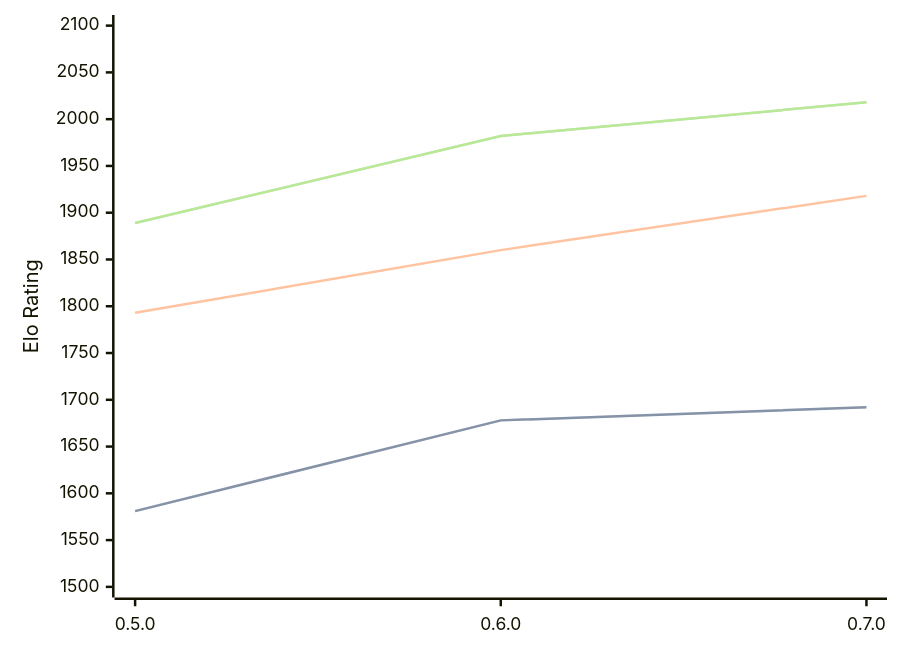
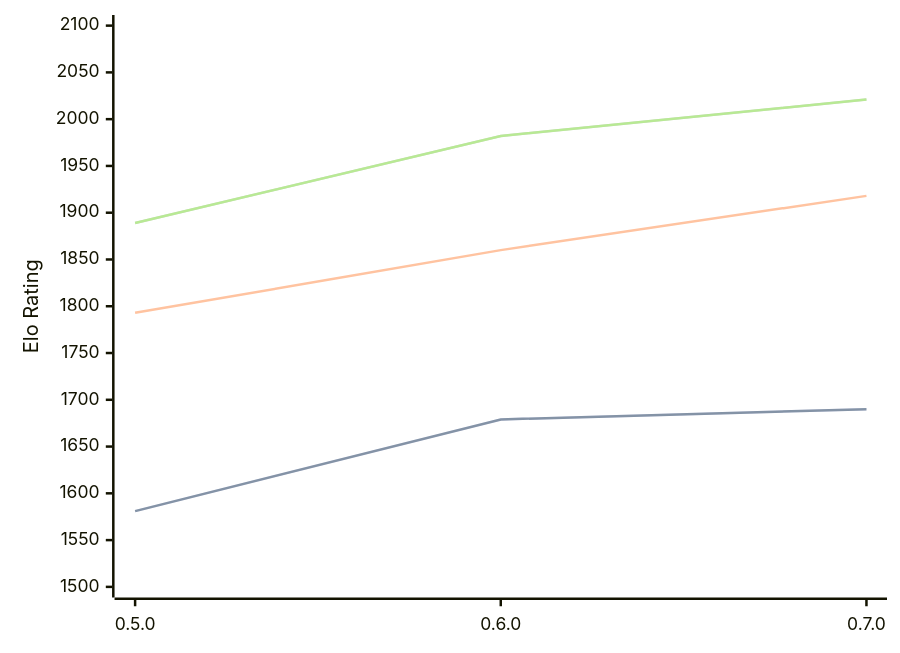
Before and after one commit to computer-chess-index/cci: the diagram in engines/Chess-rs.md, drawn with Mermaid. The commit also changed other lines of this file, not shown here.

Commit message:
Update CCI Ratings (ELO VLTC) - 2026-08-27

````diff
--- a/engines/Chess-rs.md
+++ b/engines/Chess-rs.md
@@ -33,11 +33,11 @@
 ```mermaid
 %%{init: {"theme":"base","themeVariables":{"seriesColors:['#a3a3a3','#222221','#faa371']}}}%%
 xychart-beta
   x-axis ["0.5.0", "0.6.0", "0.7.0"]
   y-axis "Elo Rating" 1500 --> 2100
-  line "STC (8.0+0.08s)" [1581, 1678, 1692]
-  line "STC (8.0+0.08s)" [1581, 1678, 1692]
+  line "STC (8.0+0.08s)" [1581, 1679, 1690]
+  line "STC (8.0+0.08s)" [1581, 1679, 1690]
   line "LTC (60.0+0.60s)" [1793, 1860, 1918]
-  line "VLTC (2m24s+1.12s)" [1889, 1982, 2018]
-  line "VLTC (2m24s+1.12s)" [1889, 1982, 2018]
+  line "VLTC (2m24s+1.12s)" [1889, 1982, 2021]
+  line "VLTC (2m24s+1.12s)" [1889, 1982, 2021]
 ```
````
